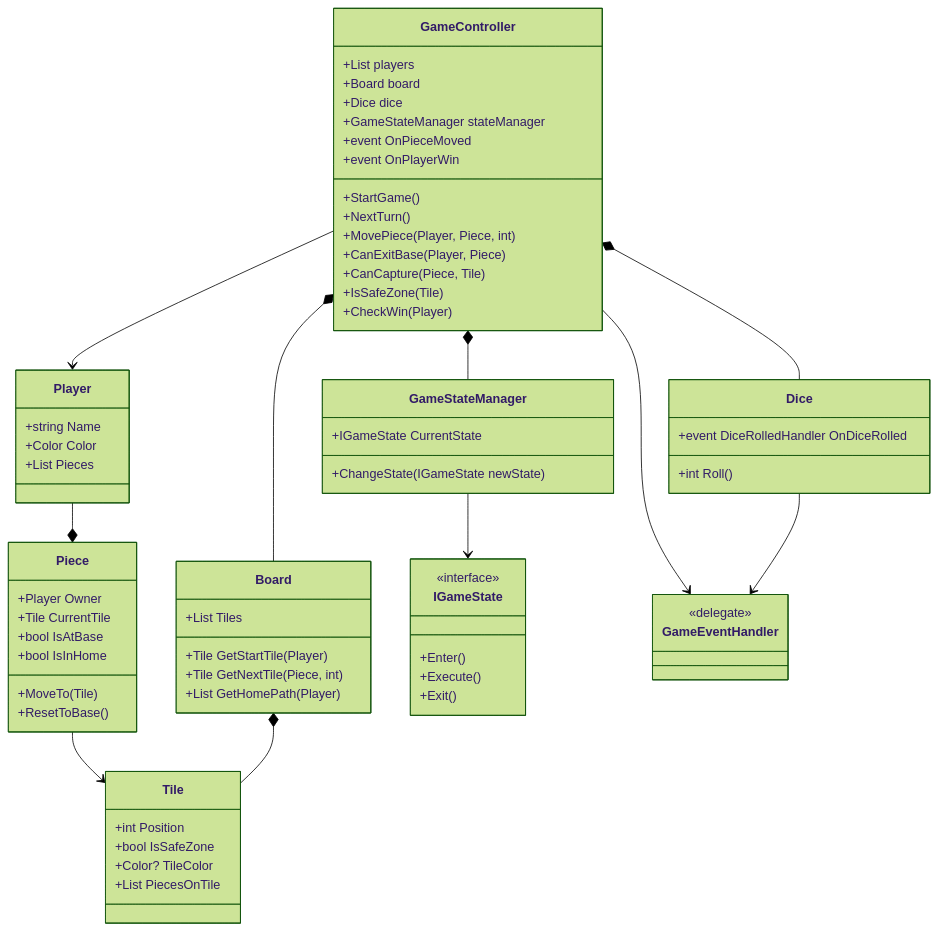
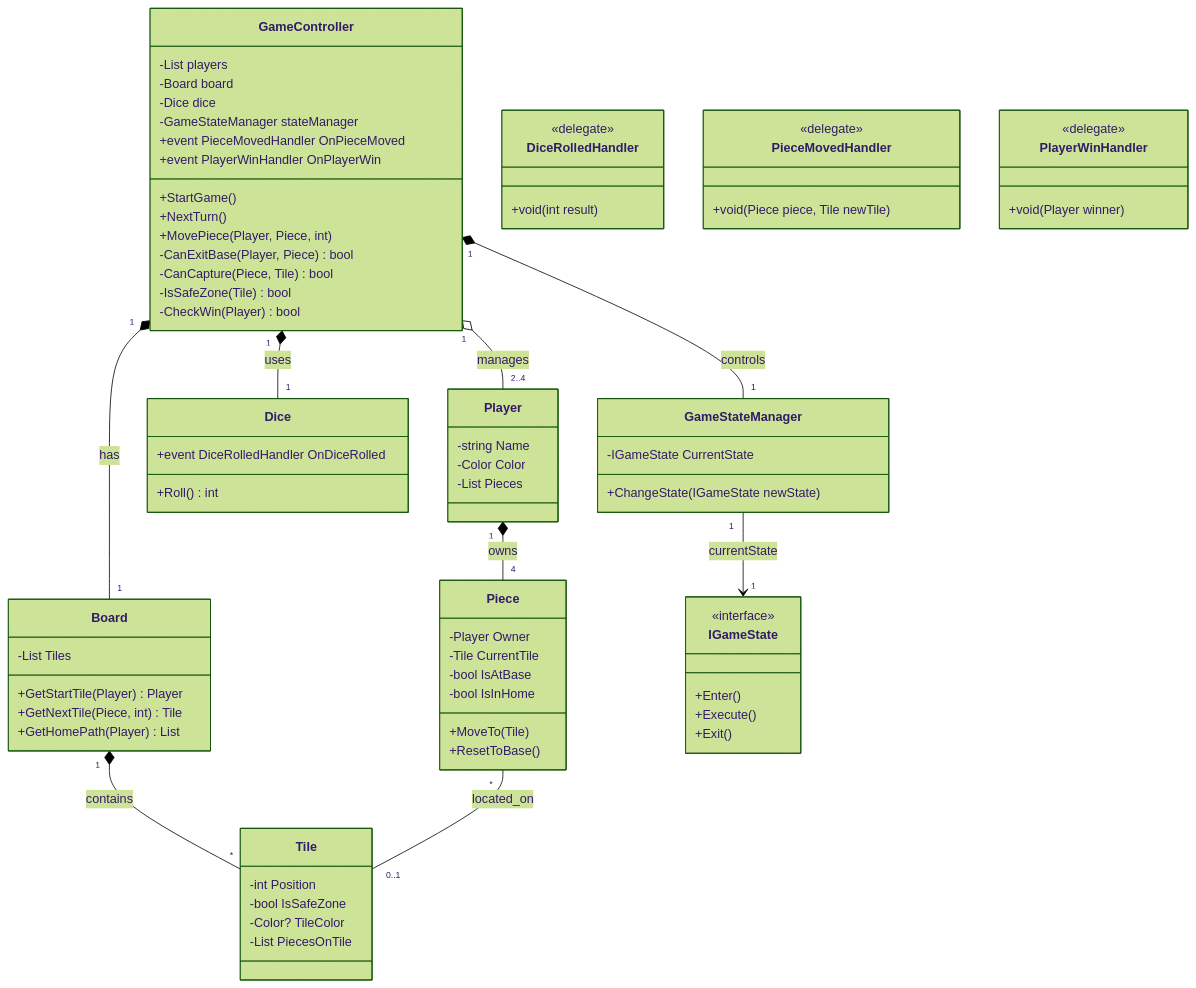
One commit to Masdikaa/Masdika-Bootcamp-SE-Formulatrix changed the diagram in Ludo/LudoClassDiagram.mmd. Above: the diagram before and after it, drawn with Mermaid (forest theme). The commit also changed 5 other files, not shown here.

Commit message:
mmd class diagram

```diff
--- a/Ludo/LudoClassDiagram.mmd
+++ b/Ludo/LudoClassDiagram.mmd
@@ -1,86 +1,89 @@
 classDiagram
-    %% Control all games rules 
+
     class GameController {
-        +List<Player> players
-        +Board board
-        +Dice dice
-        +GameStateManager stateManager
+        -List<Player> players
+        -Board board
+        -Dice dice
+        -GameStateManager stateManager
         +StartGame()
         +NextTurn()
         +MovePiece(Player, Piece, int)
-        +CanExitBase(Player, Piece)
-        +CanCapture(Piece, Tile)
-        +IsSafeZone(Tile)
-        +CheckWin(Player)
-        +event OnPieceMoved
-        +event OnPlayerWin
+        -CanExitBase(Player, Piece) bool
+        -CanCapture(Piece, Tile) bool
+        -IsSafeZone(Tile) bool
+        -CheckWin(Player) bool
+        +event PieceMovedHandler OnPieceMoved
+        +event PlayerWinHandler OnPlayerWin
     }
 
-    %% Player identity and it pieces
     class Player {
-        +string Name
-        +Color Color
-        +List<Piece> Pieces
+        -string Name
+        -Color Color
+        -List<Piece> Pieces
     }
 
-    %% Player Pieces State 
     class Piece {
-        +Player Owner
-        +Tile CurrentTile
-        +bool IsAtBase
-        +bool IsInHome
+        -Player Owner
+        -Tile CurrentTile
+        -bool IsAtBase
+        -bool IsInHome
         +MoveTo(Tile)
         +ResetToBase()
     }
 
     %% List tiles
     class Board { 
-        +List<Tile> Tiles
-        +Tile GetStartTile(Player)
-        +Tile GetNextTile(Piece, int)
-        +List<Tile> GetHomePath(Player)
+        -List<Tile> Tiles
+        +GetStartTile(Player) Player
+        +GetNextTile(Piece, int) Tile
+        +GetHomePath(Player) List<Tile>
     }
 
-
     class Tile {
-        +int Position 
-        +bool IsSafeZone
-        +Color? TileColor 
-        +List<Piece> PiecesOnTile
+        -int Position 
+        -bool IsSafeZone
+        -Color? TileColor 
+        -List<Piece> PiecesOnTile
     }
 
     class Dice {
-        +int Roll()
+        +Roll() int
         +event DiceRolledHandler OnDiceRolled
     }
 
     class GameStateManager {
-        +IGameState CurrentState
+        -IGameState CurrentState
         +ChangeState(IGameState newState)
     }
 
     class IGameState {
         <<interface>>
         +Enter()
         +Execute()
         +Exit()
     }
 
-    class GameEventHandler {
-        <<delegate>>
+    class DiceRolledHandler {
+    <<delegate>>
+    +void(int result)
     }
 
-    GameController --> Player
-    %% GameController --> Board 
-    %% GameController --> Dice
-    %% GameController --> GameStateManager
-    GameController *-- Board
-    GameController *-- Dice
-    GameController *-- GameStateManager
-    GameController --> GameEventHandler
-    %% Player --> Piece
-    Player --* Piece
-    Piece --> Tile
-    Board *-- Tile
-    Dice --> GameEventHandler
-    GameStateManager --> IGameState
+    class PieceMovedHandler {
+        <<delegate>>
+        +void(Piece piece, Tile newTile)
+    }
+
+    class PlayerWinHandler {
+        <<delegate>>
+        +void(Player winner)
+    }
+
+    GameController "1" o-- "2..4" Player : manages
+    GameController "1" *-- "1" Board : has
+    GameController "1" *-- "1" Dice : uses
+    GameController "1" *-- "1" GameStateManager : controls
+    
+    Player "1" *-- "4" Piece : owns
+    Board "1" *-- "*" Tile : contains
+    Piece "*" -- "0..1" Tile : located_on
+    GameStateManager "1" --> "1" IGameState : currentState
```
